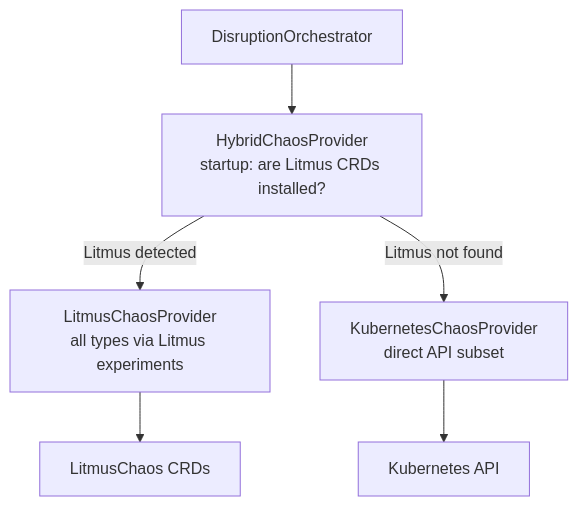
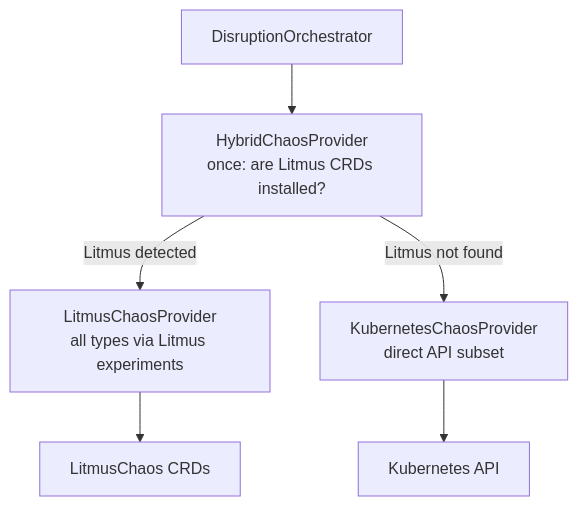
Before and after one commit to bmscomp/kates: the second of 9 diagrams in docs/book/07-chaos-practice.md, drawn with Mermaid. The commit also changed other lines of this file and 2 other files, not shown here.

````diff
--- a/docs/book/07-chaos-practice.md
+++ b/docs/book/07-chaos-practice.md
@@ -90,13 +166,13 @@
 ```mermaid
 %%| label: fig-practice-hybrid-provider
-%%| fig-cap: "With `kates.chaos.provider=hybrid`, Kates looks for the LitmusChaos CRDs once, at startup, and sends every disruption to the backend it picked."
-%%| fig-alt: "Flowchart. The DisruptionOrchestrator calls the HybridChaosProvider, which asks at startup whether the Litmus CRDs are installed. If Litmus is detected, it uses the LitmusChaosProvider, which drives the LitmusChaos CRDs. If Litmus is not found, it uses the KubernetesChaosProvider, which calls the Kubernetes API directly for its subset of types."
+%%| fig-cap: "With `kates.chaos.provider=hybrid`, Kates looks for the LitmusChaos CRDs once, and sends every disruption to the provider it picked."
+%%| fig-alt: "Flowchart. The DisruptionOrchestrator calls the HybridChaosProvider, which asks once whether the Litmus CRDs are installed. If Litmus is detected, it uses the LitmusChaosProvider, which drives the LitmusChaos CRDs. If Litmus is not found, it uses the KubernetesChaosProvider, which calls the Kubernetes API directly for its subset of types."
 graph TD
-    DO[DisruptionOrchestrator] --> HCP[HybridChaosProvider<br/>startup: are Litmus CRDs installed?]
+    DO[DisruptionOrchestrator] --> HCP[HybridChaosProvider<br/>once: are Litmus CRDs installed?]
     
     HCP -->|Litmus detected| LCP[LitmusChaosProvider<br/>all types via Litmus experiments]
     HCP -->|Litmus not found| KCP[KubernetesChaosProvider<br/>direct API subset]
     
     LCP --> LIT[LitmusChaos CRDs]
     KCP --> K8S[Kubernetes API]
 ```
````
